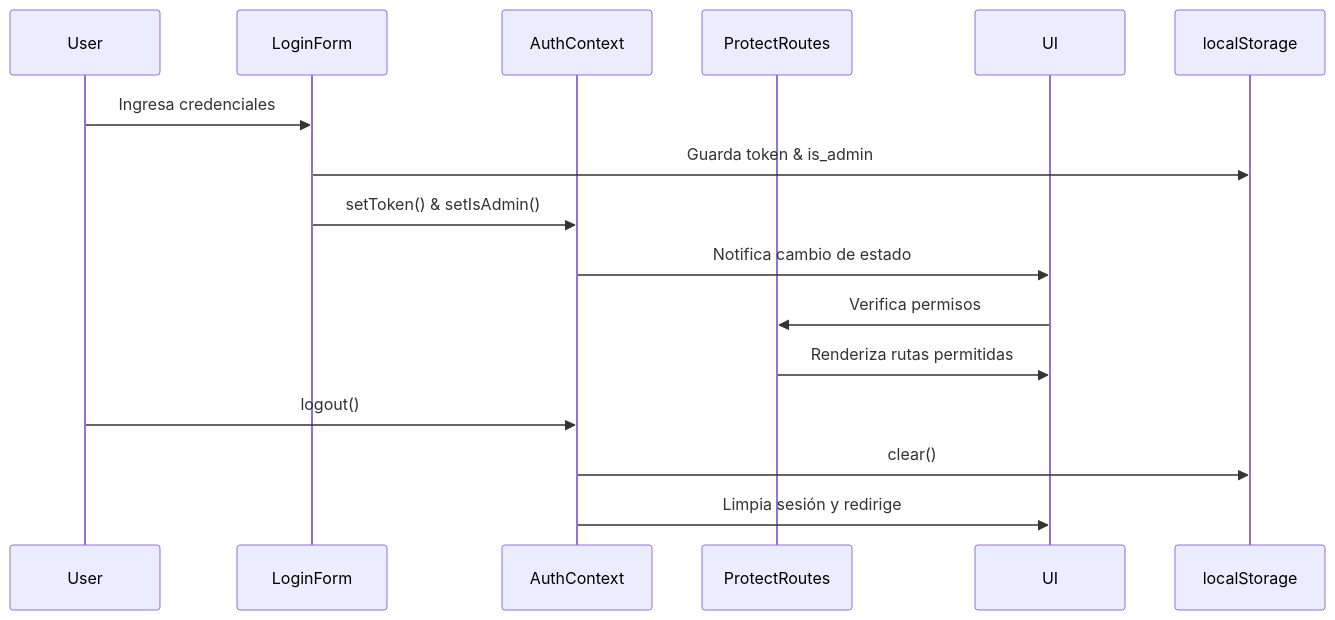
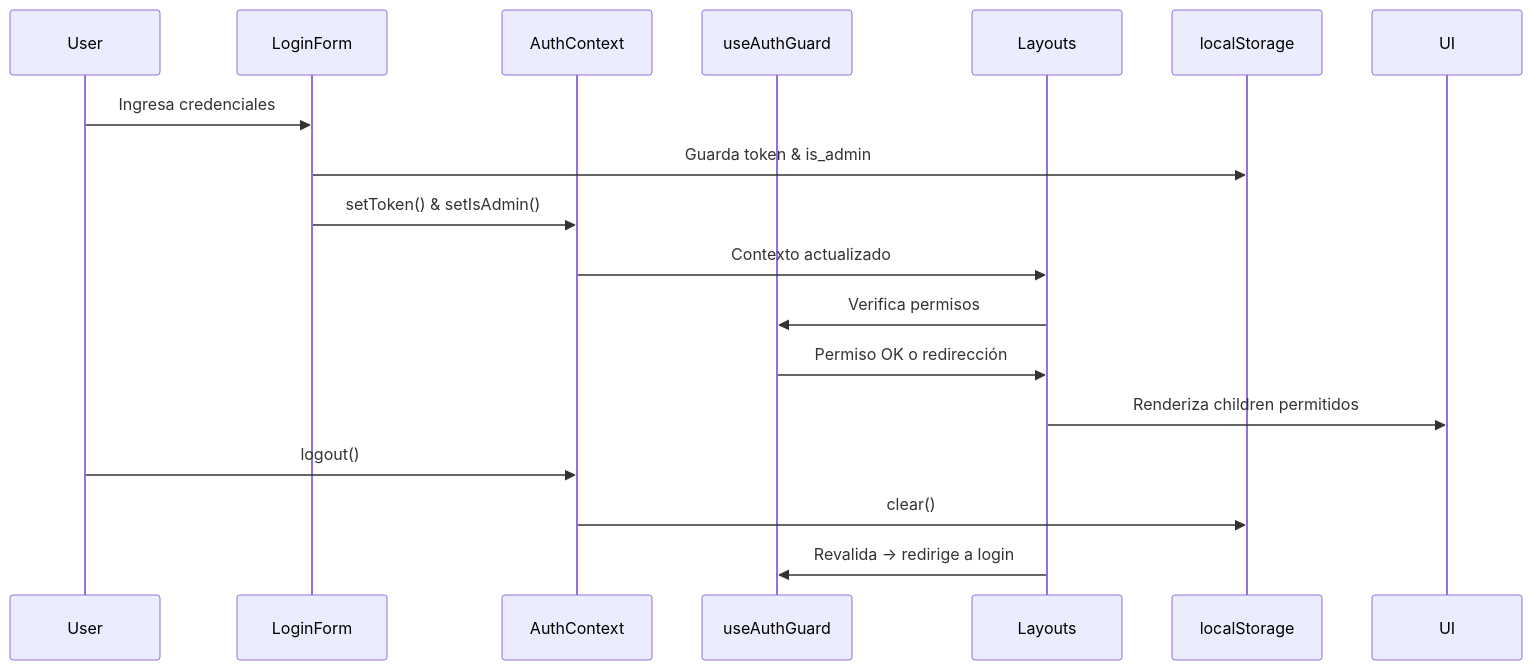
The second of 3 diagrams in README.md (maigcorrea/fastapi-content-generator), drawn with Mermaid before and after one commit. The commit also changed other lines of this file and 1 other file, not shown here.

Commit message:
Explicación del nuevo sistema de protección de rutas desde el frontend

````diff
--- a/README.md
+++ b/README.md
@@ -605,19 +691,20 @@
 ```mermaid
 sequenceDiagram
   participant User
   participant LoginForm
   participant AuthContext
-  participant ProtectRoutes
-  participant UI
+  participant useAuthGuard
+  participant Layouts
 
   User->>LoginForm: Ingresa credenciales
   LoginForm->>localStorage: Guarda token & is_admin
   LoginForm->>AuthContext: setToken() & setIsAdmin()
-  AuthContext->>UI: Notifica cambio de estado
-  UI->>ProtectRoutes: Verifica permisos
-  ProtectRoutes->>UI: Renderiza rutas permitidas
+  AuthContext->>Layouts: Contexto actualizado
+  Layouts->>useAuthGuard: Verifica permisos
+  useAuthGuard->>Layouts: Permiso OK o redirección
+  Layouts->>UI: Renderiza children permitidos
   User->>AuthContext: logout()
   AuthContext->>localStorage: clear()
-  AuthContext->>UI: Limpia sesión y redirige
+  Layouts->>useAuthGuard: Revalida -> redirige a login
 
 ```
````
